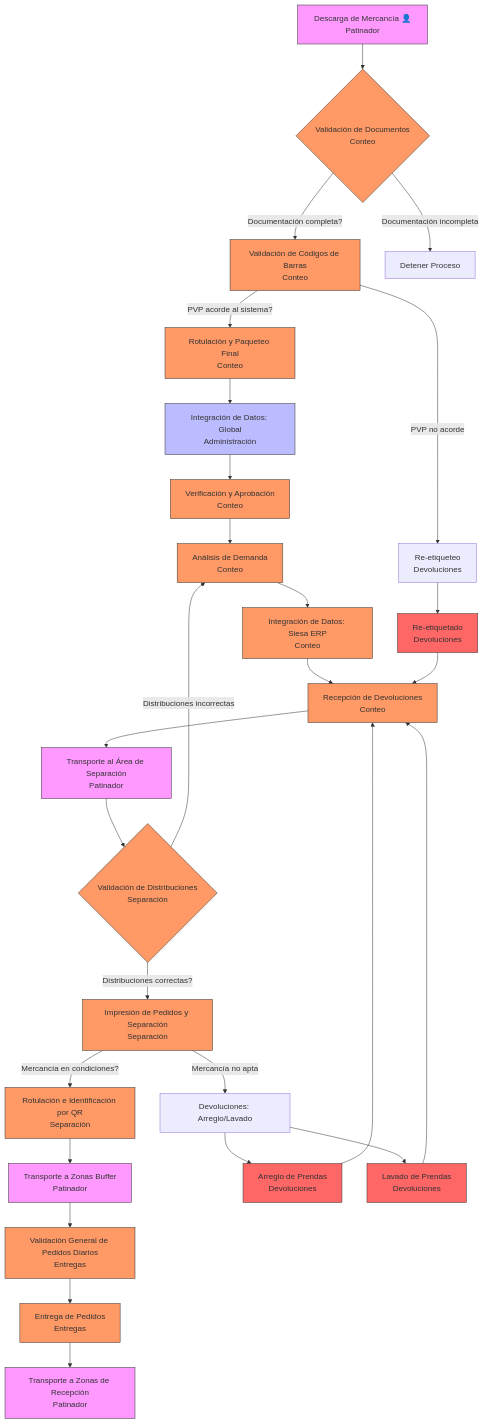
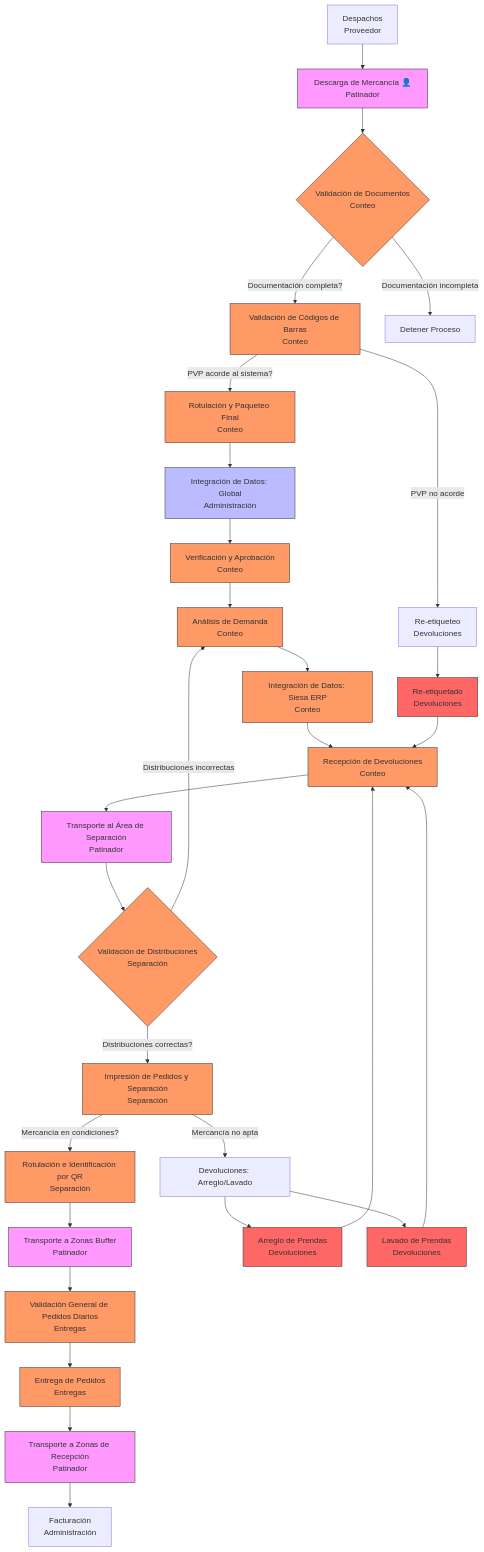
Before and after one commit to andres1-dev/one: the diagram in leonardo/ingresos.mermaid, drawn with Mermaid.

```diff
--- a/leonardo/ingresos.mermaid
+++ b/leonardo/ingresos.mermaid
@@ -1,59 +1,64 @@
 flowchart TD
+    %% Inicio del Proceso
+    Z[Despachos<br>Proveedor] --> A[Descarga de Mercancía 👤Patinador]
+
     %% Proceso de Ingreso
-    A[Descarga de Mercancía 👤Patinador] --> B{Validación de Documentos<br>Conteo}
+    A --> B{Validación de Documentos<br>Conteo}
     B -->|Documentación completa?| C[Validación de Códigos de Barras<br>Conteo]
     B -->|Documentación incompleta| D[Detener Proceso]
     C -->|PVP acorde al sistema?| E[Rotulación y Paqueteo Final<br>Conteo]
     C -->|PVP no acorde| F[Re-etiqueteo<br>Devoluciones]
 
     %% Proceso de Manejo
     E --> G[Integración de Datos: Global<br>Administración]
     G --> H[Verificación y Aprobación<br>Conteo]
     H --> I[Análisis de Demanda<br>Conteo]
     I --> J[Integración de Datos: Siesa ERP<br>Conteo]
     J --> K[Recepción de Devoluciones<br>Conteo]
 
     %% Proceso de Separación
     K --> L[Transporte al Área de Separación<br>Patinador]
     L --> M{Validación de Distribuciones<br>Separación}
     M -->|Distribuciones correctas?| N[Impresión de Pedidos y Separación<br>Separación]
     M -->|Distribuciones incorrectas| I
     N -->|Mercancía en condiciones?| O[Rotulación e Identificación por QR<br>Separación]
     N -->|Mercancía no apta| P[Devoluciones: Arreglo/Lavado]
     O --> Q[Transporte a Zonas Buffer<br>Patinador]
 
     %% Proceso de Entregas
     Q --> R[Validación General de Pedidos Diarios<br>Entregas]
     R --> S[Entrega de Pedidos<br>Entregas]
     S --> T[Transporte a Zonas de Recepción<br>Patinador]
+    T --> Y[Facturación<br>Administración]
 
     %% Proceso de Devoluciones
     F --> U[Re-etiquetado<br>Devoluciones]
     P --> V[Arreglo de Prendas<br>Devoluciones]
     P --> W[Lavado de Prendas<br>Devoluciones]
     U --> K
     V --> K
     W --> K
+
 
 
     %% Estilos
     style A fill:#f9f,stroke:#333
     style B fill:#f96,stroke:#333
     style C fill:#f96,stroke:#333
     style E fill:#f96,stroke:#333
     style G fill:#bbf,stroke:#333
     style H fill:#f96,stroke:#333
     style I fill:#f96,stroke:#333
     style J fill:#f96,stroke:#333
     style K fill:#f96,stroke:#333
     style L fill:#f9f,stroke:#333
     style M fill:#f96,stroke:#333
     style N fill:#f96,stroke:#333
     style O fill:#f96,stroke:#333
     style Q fill:#f9f,stroke:#333
     style R fill:#f96,stroke:#333
     style S fill:#f96,stroke:#333
     style T fill:#f9f,stroke:#333
     style U fill:#f66,stroke:#333
     style V fill:#f66,stroke:#333
     style W fill:#f66,stroke:#333
```
